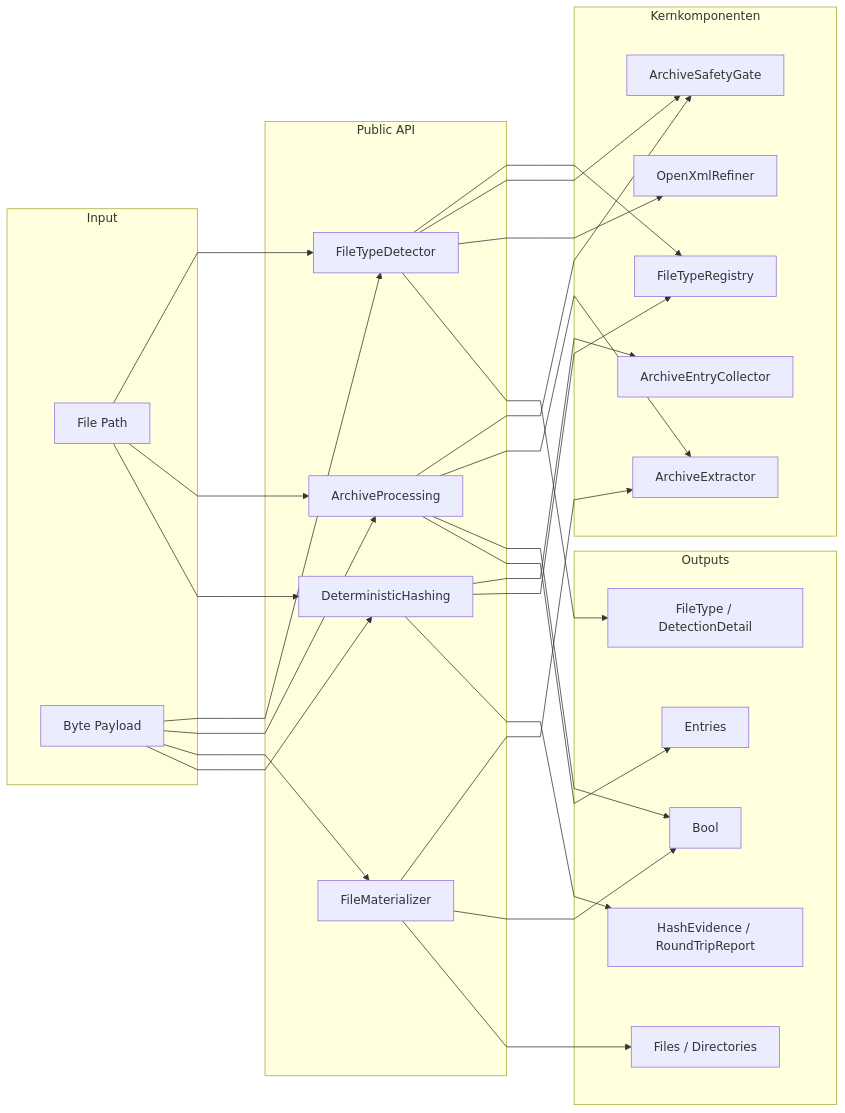
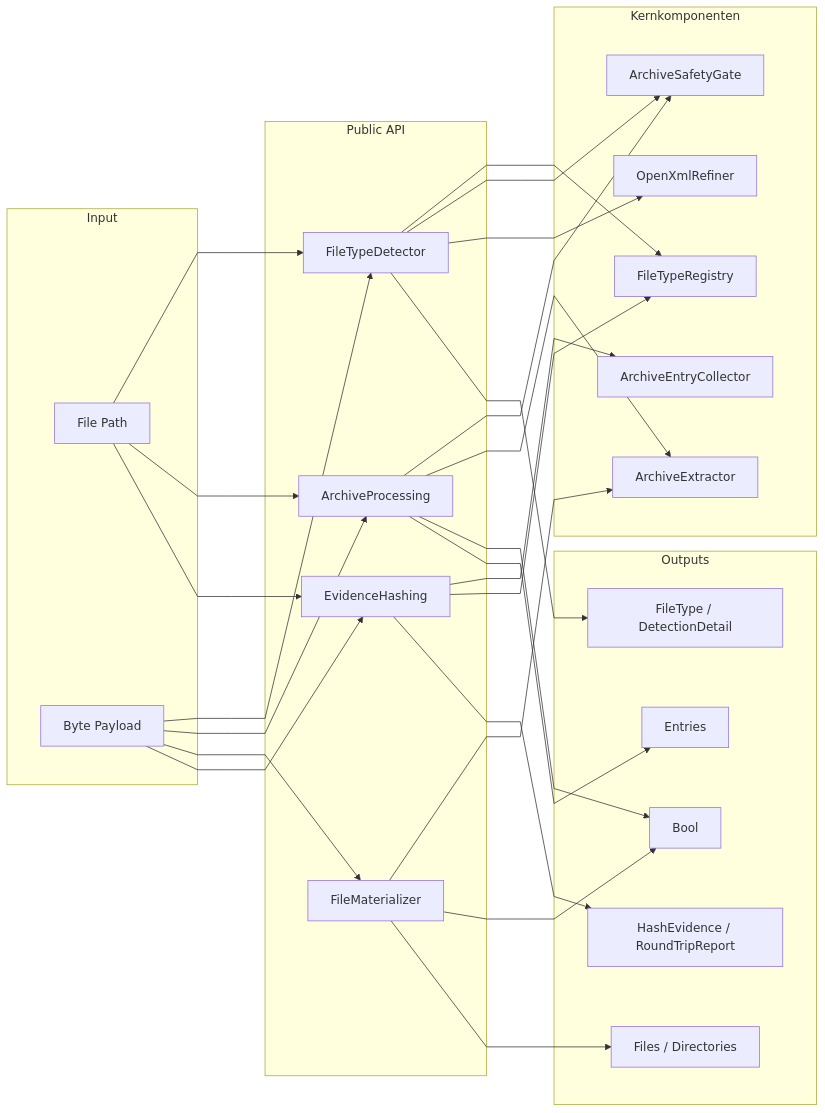
One commit to tomtastisch/FileClassifier changed the second of 10 diagrams in docs/020_ARCH_CORE.MD. Above: the diagram before and after it, drawn with Mermaid. The commit also changed other lines of this file and 48 other files, not shown here.

First line of the commit message:
refactor!: rename hashing facade/types to EvidenceHashing + Hash*

````diff
--- a/docs/020_ARCH_CORE.MD
+++ b/docs/020_ARCH_CORE.MD
@@ -51,55 +51,55 @@
 ```mermaid
 %%{init: {"flowchart": {"curve": "linear", "nodeSpacing": 80, "rankSpacing": 90}, "themeVariables": {"fontSize": "16px"}}}%%
 flowchart LR
     subgraph INPUT["Input"]
         FP["File Path"]
         BP["Byte Payload"]
     end
 
     subgraph API["Public API"]
         FTD["FileTypeDetector"]
         AP["ArchiveProcessing"]
         FM["FileMaterializer"]
-        DH["DeterministicHashing"]
+        DH["EvidenceHashing"]
     end
 
     subgraph CORE["Kernkomponenten"]
         REG["FileTypeRegistry"]
         GATE["ArchiveSafetyGate"]
         EXT["ArchiveExtractor"]
         COL["ArchiveEntryCollector"]
         REF["OpenXmlRefiner"]
     end
 
     subgraph OUT["Outputs"]
         T["FileType / DetectionDetail"]
         V["Bool"]
         E["Entries"]
         F["Files / Directories"]
         H["HashEvidence / RoundTripReport"]
     end
 
     FP --> FTD
     BP --> FTD
     FP --> AP
     BP --> AP
     BP --> FM
     FP --> DH
     BP --> DH
 
     FTD --> REG
     FTD --> GATE
     FTD --> REF
     AP --> GATE
     AP --> EXT
     FM --> EXT
     DH --> COL
     DH --> REG
 
     FTD --> T
     AP --> V
     AP --> E
     FM --> V
     FM --> F
     DH --> H
 ```
````
